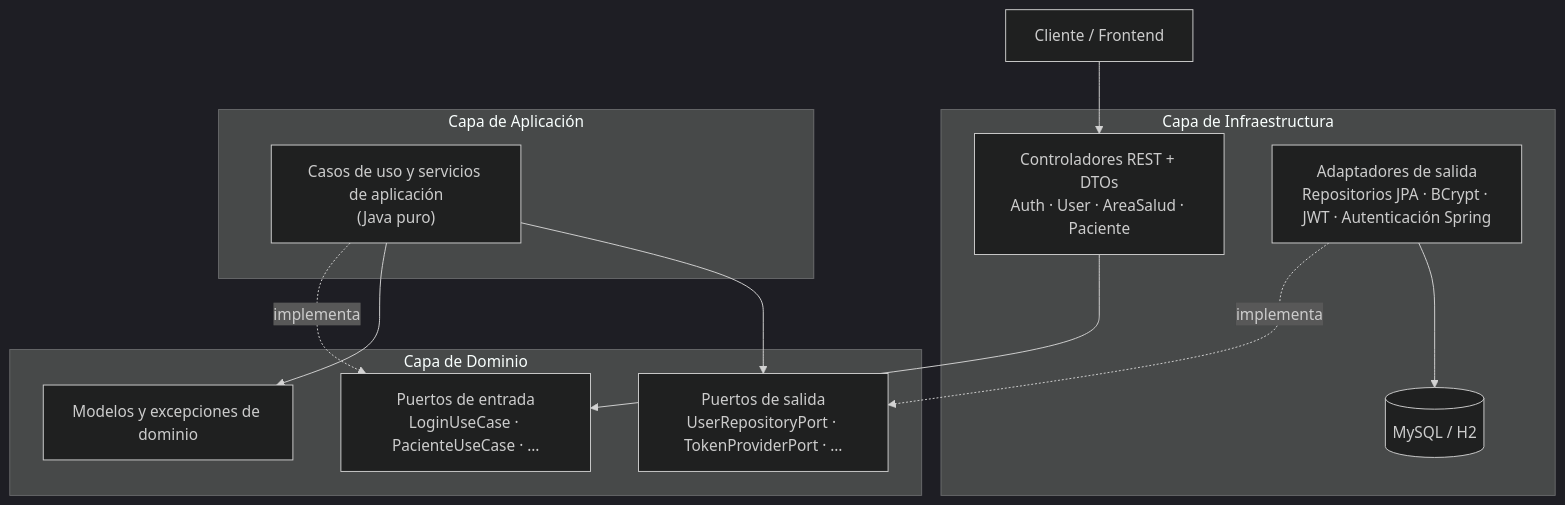
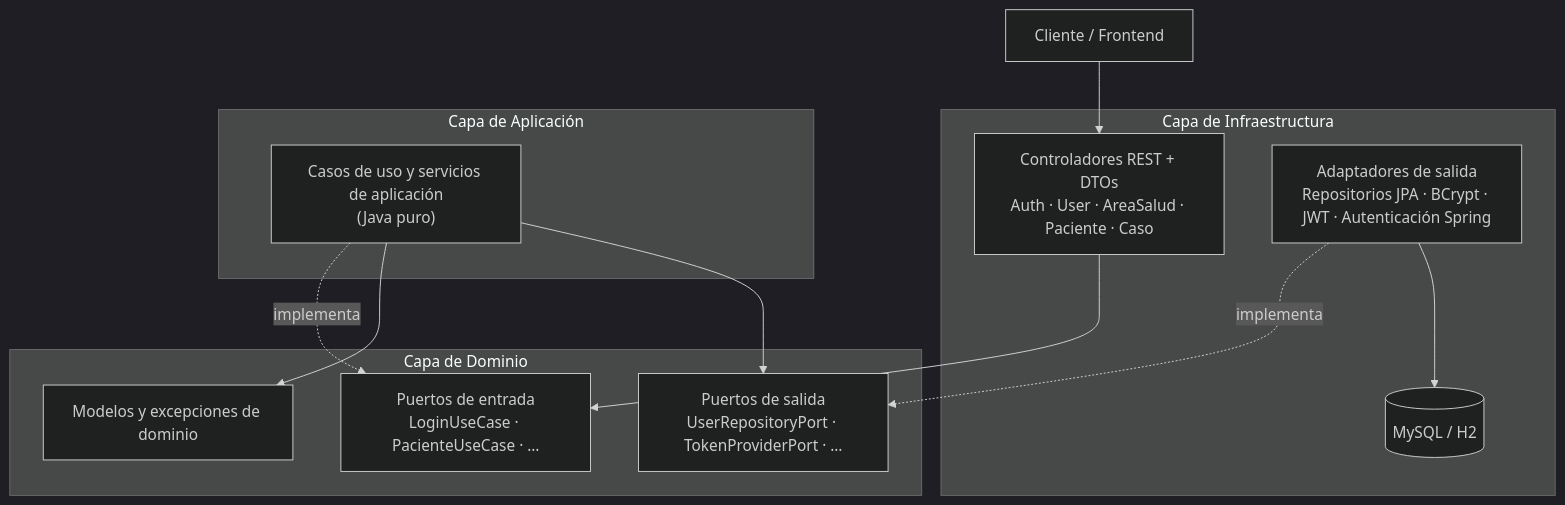
The second of 2 diagrams in README.md (josuexpositoacosta/oropouche), drawn with Mermaid (dark theme) before and after one commit. The commit also changed other lines of this file and 37 other files, not shown here.

````diff
--- a/README.md
+++ b/README.md
@@ -181,28 +182,28 @@
 ```mermaid
 flowchart TB
     CLIENT["Cliente / Frontend"]
 
     subgraph INFRA["Capa de Infraestructura"]
-        CTRL["Controladores REST + DTOs<br/>Auth · User · AreaSalud · Paciente"]
+        CTRL["Controladores REST + DTOs<br/>Auth · User · AreaSalud · Paciente · Caso"]
         ADAPTERS["Adaptadores de salida<br/>Repositorios JPA · BCrypt · JWT · Autenticación Spring"]
         DB[("MySQL / H2")]
     end
 
     subgraph APP["Capa de Aplicación"]
         USECASE["Casos de uso y servicios de aplicación<br/>(Java puro)"]
     end
 
     subgraph DOMAIN["Capa de Dominio"]
         IN["Puertos de entrada<br/>LoginUseCase · PacienteUseCase · …"]
         MODEL["Modelos y excepciones de dominio"]
         OUT["Puertos de salida<br/>UserRepositoryPort · TokenProviderPort · …"]
     end
 
     CLIENT --> CTRL
     CTRL --> IN
     USECASE -.implementa.-> IN
     USECASE --> MODEL
     USECASE --> OUT
     ADAPTERS -.implementa.-> OUT
     ADAPTERS --> DB
 ```
````
